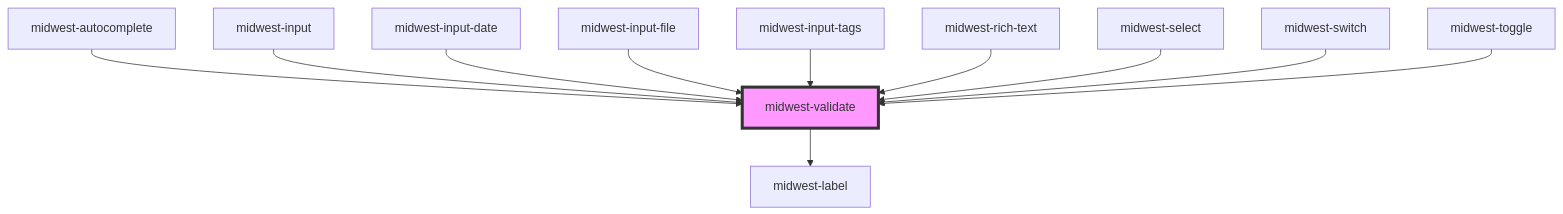
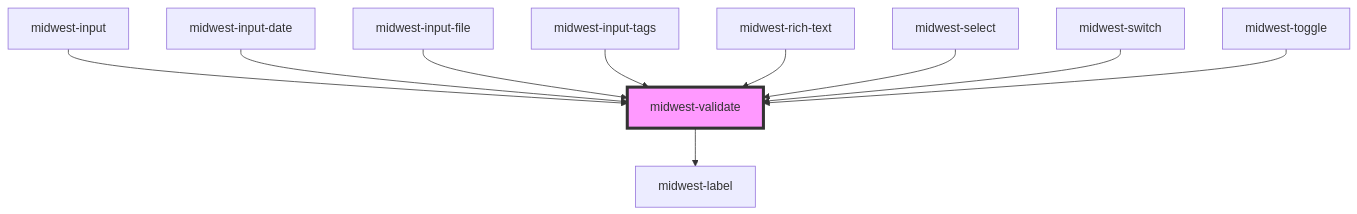
The diagram in packages/core/docs/components/forms/validate/readme.md (splitinfinities/Midwest), drawn with Mermaid before and after one commit. The commit also changed other lines of this file and 28 other files, not shown here.

````diff
--- a/packages/core/docs/components/forms/validate/readme.md
+++ b/packages/core/docs/components/forms/validate/readme.md
@@ -72,14 +71,13 @@
 ```mermaid
 graph TD;
   midwest-validate --> midwest-label
-  midwest-autocomplete --> midwest-validate
   midwest-input --> midwest-validate
   midwest-input-date --> midwest-validate
   midwest-input-file --> midwest-validate
   midwest-input-tags --> midwest-validate
   midwest-rich-text --> midwest-validate
   midwest-select --> midwest-validate
   midwest-switch --> midwest-validate
   midwest-toggle --> midwest-validate
   style midwest-validate fill:#f9f,stroke:#333,stroke-width:4px
 ```
````
